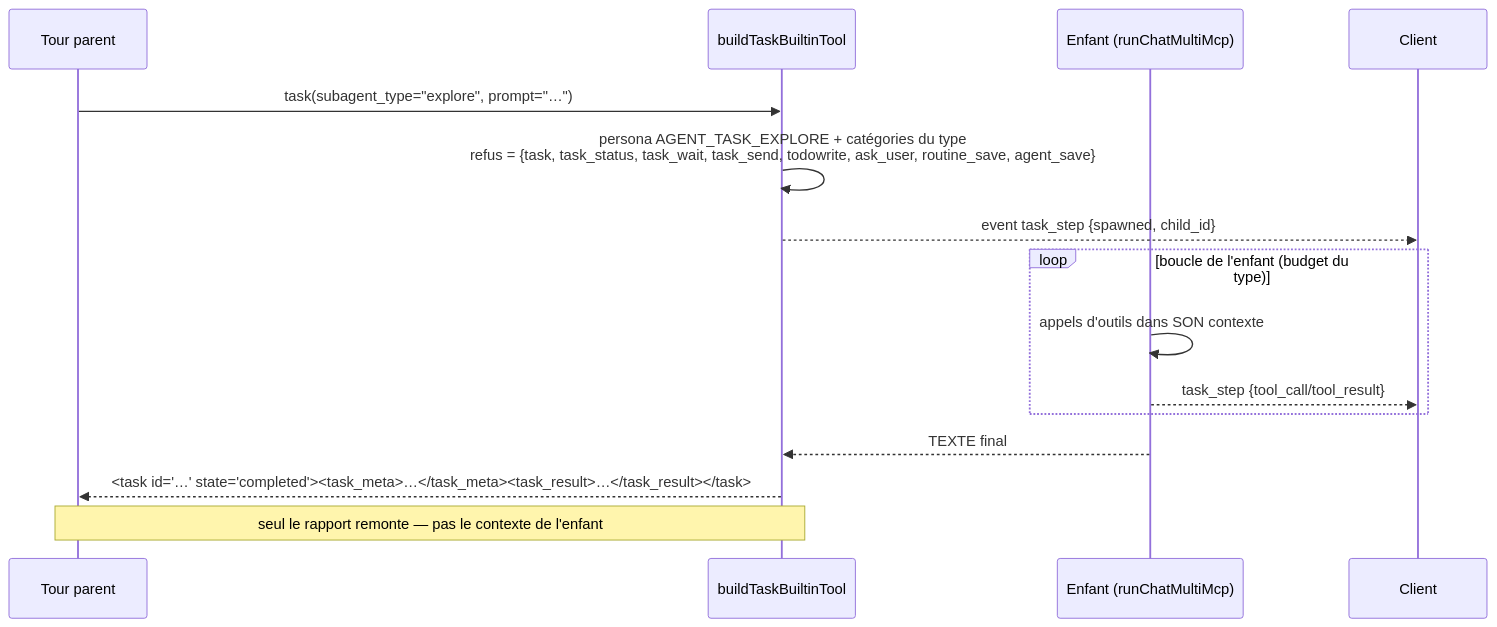
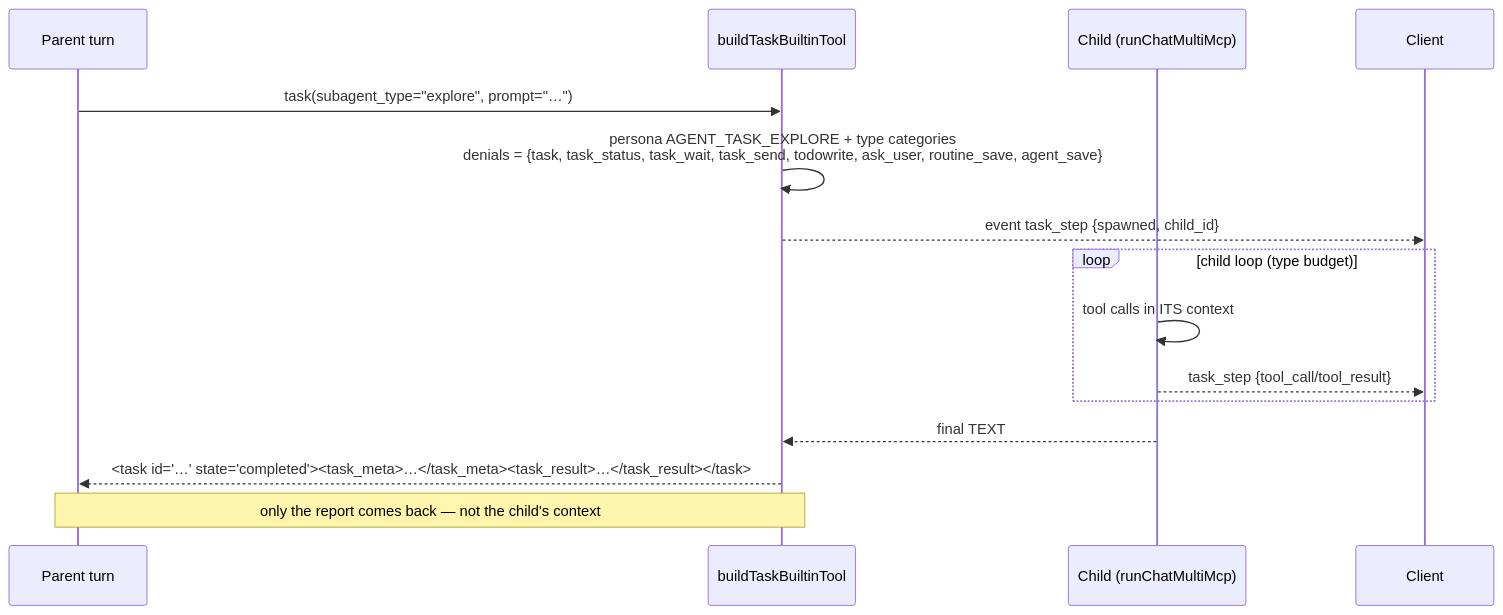
One commit to toto-fou/Elpis changed diagram 12 of 16 in docs/architecture.md. Above: the diagram before and after it, drawn with Mermaid. The commit also changed other lines of this file and 43 other files, not shown here.

````diff
--- a/docs/architecture.md
+++ b/docs/architecture.md
@@ -1334,17 +1336,17 @@
 ```mermaid
 sequenceDiagram
-    participant P as Tour parent
+    participant P as Parent turn
     participant T as buildTaskBuiltinTool
-    participant E as Enfant (runChatMultiMcp)
+    participant E as Child (runChatMultiMcp)
     participant C as Client
     P->>T: task(subagent_type="explore", prompt="…")
-    T->>T: persona AGENT_TASK_EXPLORE + catégories du type<br/>refus = {task, task_status, task_wait, task_send, todowrite, ask_user, routine_save, agent_save}
+    T->>T: persona AGENT_TASK_EXPLORE + type categories<br/>denials = {task, task_status, task_wait, task_send, todowrite, ask_user, routine_save, agent_save}
     T-->>C: event task_step {spawned, child_id}
-    loop boucle de l'enfant (budget du type)
-        E->>E: appels d'outils dans SON contexte
+    loop child loop (type budget)
+        E->>E: tool calls in ITS context
         E-->>C: task_step {tool_call/tool_result}
     end
-    E-->>T: TEXTE final
+    E-->>T: final TEXT
     T-->>P: <task id="…" state="completed"><task_meta>…</task_meta><task_result>…</task_result></task>
-    Note over T,P: seul le rapport remonte — pas le contexte de l'enfant
+    Note over T,P: only the report comes back — not the child's context
 ```
````
